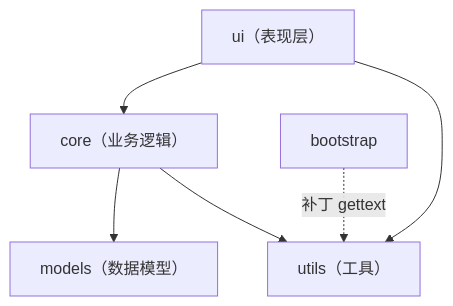
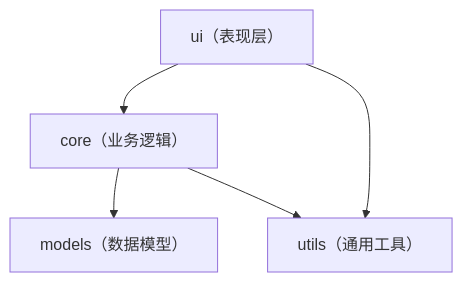
Before and after one commit to hellotool/VCFGeneratorLiteWithTkinter: the diagram in docs/dev/architecture/overview.md, drawn with Mermaid. The commit also changed other lines of this file and 2 other files, not shown here.

````diff
--- a/docs/dev/architecture/overview.md
+++ b/docs/dev/architecture/overview.md
@@ -30,8 +30,7 @@
 ```mermaid
 graph TD
     UI["ui（表现层）"] --> Core["core（业务逻辑）"]
     Core --> Models["models（数据模型）"]
-    Bootstrap["bootstrap"] -.->|补丁 gettext| Utils["utils（工具）"]
-    UI --> Utils
+    UI --> Utils["utils（通用工具）"]
     Core --> Utils
 ```
````
